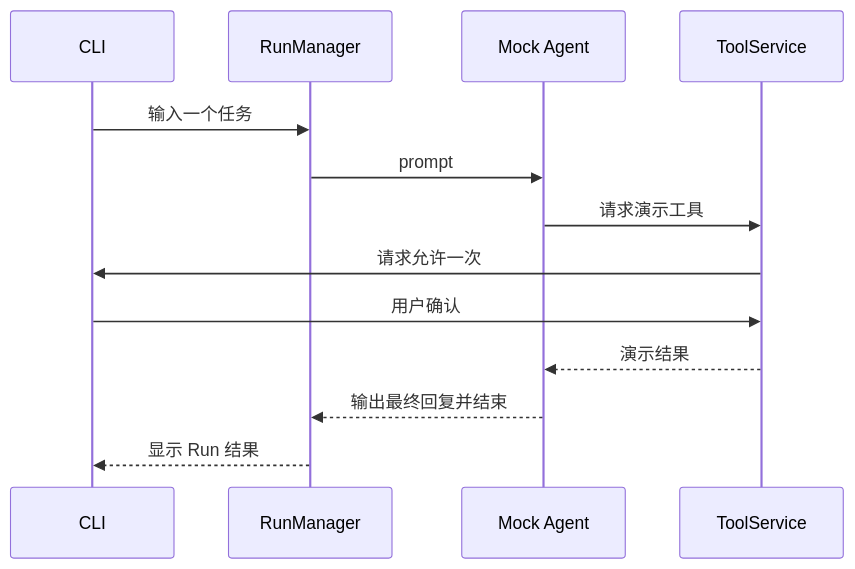
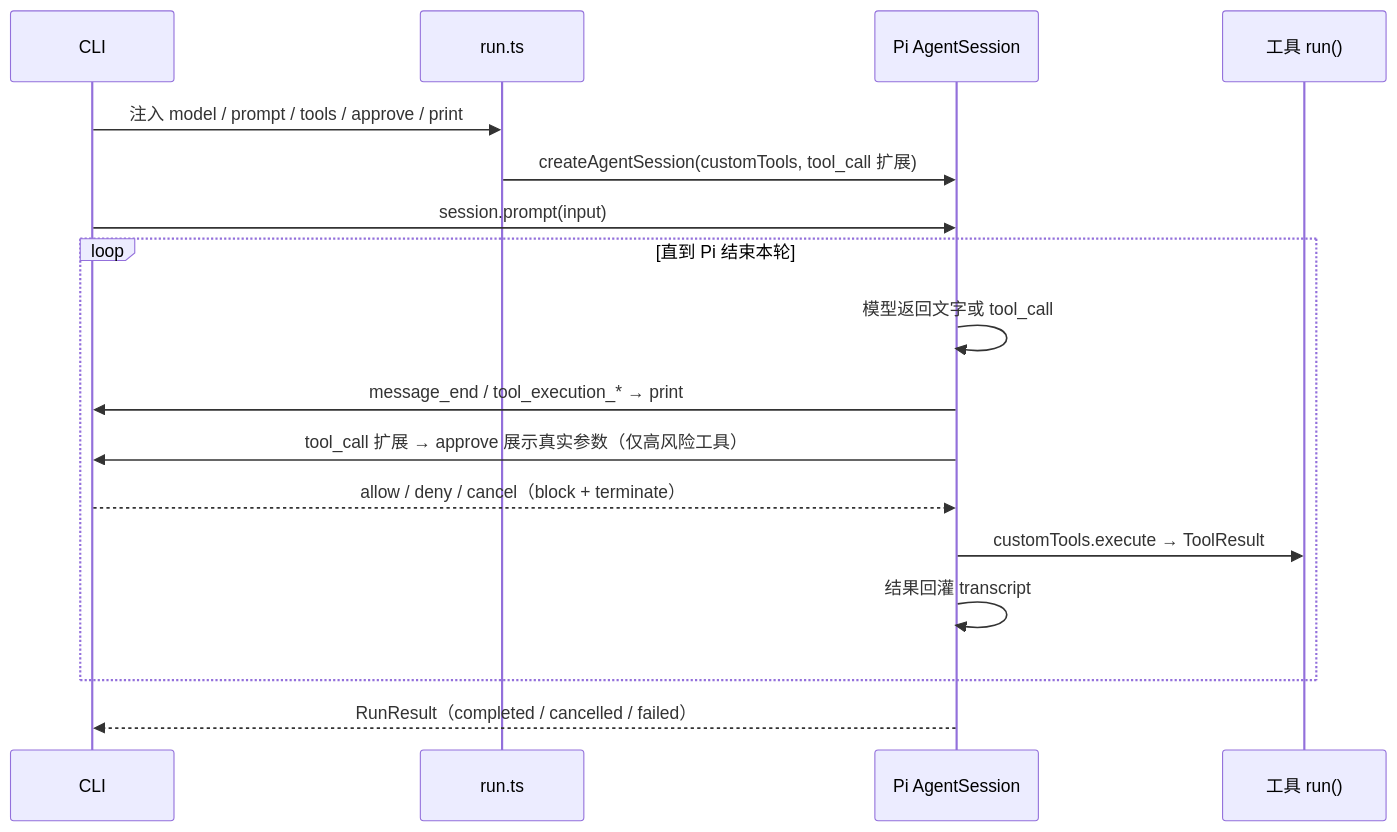
The second of 6 diagrams in docs/learning/01-roadmap.md (Yahacc/yagent), drawn with Mermaid before and after one commit. The commit also changed other lines of this file and 34 other files, not shown here.

First line of the commit message:
refactor: remove approval and tool service implementations; introduce new tool definitions and workspace management

````diff
--- a/docs/learning/01-roadmap.md
+++ b/docs/learning/01-roadmap.md
@@ -26,15 +26,19 @@
 ```mermaid
 sequenceDiagram
   participant C as CLI
-  participant R as RunManager
-  participant A as Mock Agent
-  participant T as ToolService
-  C->>R: 输入一个任务
-  R->>A: prompt
-  A->>T: 请求演示工具
-  T->>C: 请求允许一次
-  C->>T: 用户确认
-  T-->>A: 演示结果
-  A-->>R: 输出最终回复并结束
-  R-->>C: 显示 Run 结果
+  participant R as run.ts
+  participant S as Pi AgentSession
+  participant T as 工具 run()
+  C->>R: 注入 model / prompt / tools / approve / print
+  R->>S: createAgentSession(customTools, tool_call 扩展)
+  C->>S: session.prompt(input)
+  loop 直到 Pi 结束本轮
+    S->>S: 模型返回文字或 tool_call
+    S->>C: message_end / tool_execution_* → print
+    S->>C: tool_call 扩展 → approve 展示真实参数（仅高风险工具）
+    C-->>S: allow / deny / cancel（block + terminate）
+    S->>T: customTools.execute → ToolResult
+    S->>S: 结果回灌 transcript
+  end
+  S-->>C: RunResult（completed / cancelled / failed）
 ```
````
